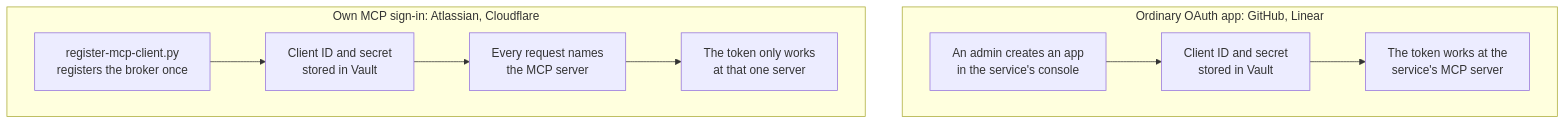
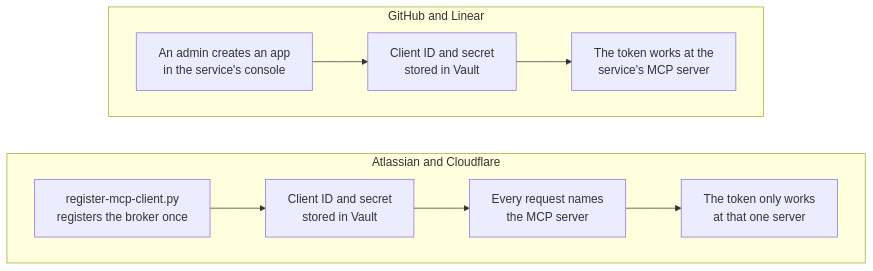
The fourth of 5 diagrams in docs/overview.md (chief-builder/vendor-token-broker), drawn with Mermaid before and after one commit. The commit also changed other lines of this file and 6 other files, not shown here.

First line of the commit message:
docs: make diagrams readable

````diff
--- a/docs/overview.md
+++ b/docs/overview.md
@@ -97,12 +105,15 @@
 ```mermaid
 flowchart TB
-    subgraph A["Ordinary OAuth app: GitHub, Linear"]
+    subgraph A["GitHub and Linear"]
+        direction LR
         A1["An admin creates an app<br/>in the service's console"] --> A2["Client ID and secret<br/>stored in Vault"]
         A2 --> A3["The token works at the<br/>service's MCP server"]
     end
-    subgraph M["Own MCP sign-in: Atlassian, Cloudflare"]
+    subgraph M["Atlassian and Cloudflare"]
+        direction LR
         M1["register-mcp-client.py<br/>registers the broker once"] --> M2["Client ID and secret<br/>stored in Vault"]
         M2 --> M3["Every request names<br/>the MCP server"]
         M3 --> M4["The token only works<br/>at that one server"]
     end
+    A ~~~ M
 ```
````
